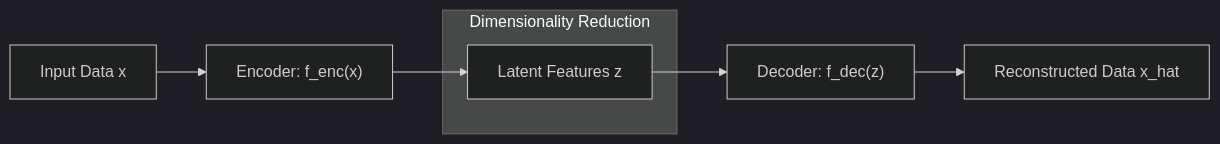
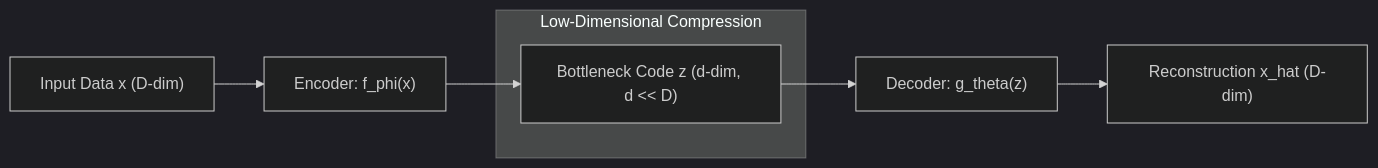
One commit to ghif/IF5152 changed the first of 2 diagrams in generative-models/docs/02_autoencoders_vs_vaes.md. Above: the diagram before and after it, drawn with Mermaid (dark theme). The commit also changed other lines of this file and 14 other files, not shown here.

````diff
--- a/generative-models/docs/02_autoencoders_vs_vaes.md
+++ b/generative-models/docs/02_autoencoders_vs_vaes.md
@@ -9,11 +11,11 @@
 ```mermaid
 flowchart LR
-    X["Input Data x"] --> ENC["Encoder: f_enc(x)"]
-    ENC --> Z["Latent Features z"]
-    Z --> DEC["Decoder: f_dec(z)"]
-    DEC --> Xhat["Reconstructed Data x_hat"]
+    X["Input Data x (D-dim)"] --> ENC["Encoder: f_phi(x)"]
+    ENC --> Z["Bottleneck Code z (d-dim, d << D)"]
+    Z --> DEC["Decoder: g_theta(z)"]
+    DEC --> Xhat["Reconstruction x_hat (D-dim)"]
     
-    subgraph Bottleneck["Dimensionality Reduction"]
+    subgraph Bottleneck["Low-Dimensional Compression"]
         Z
     end
 ```
````
